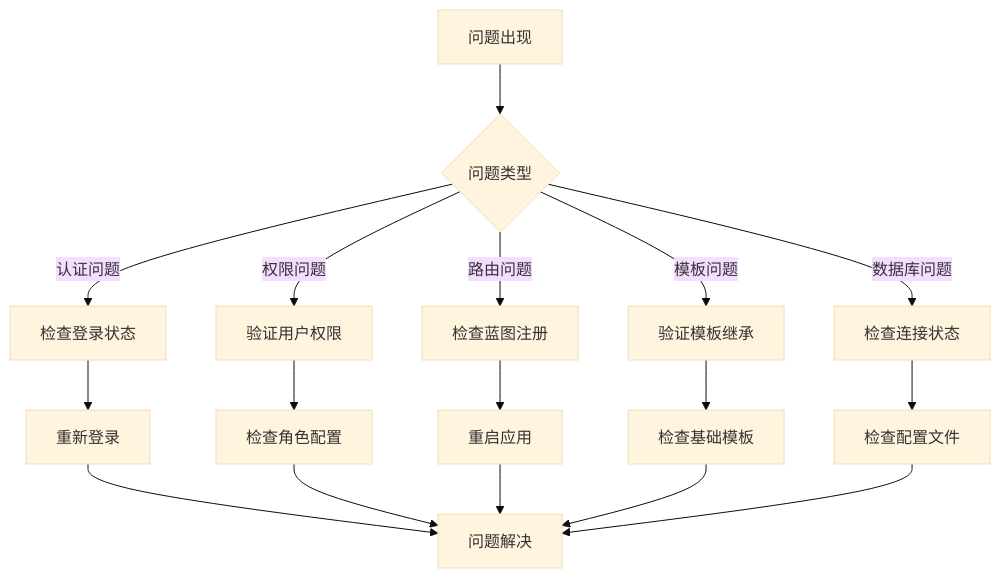
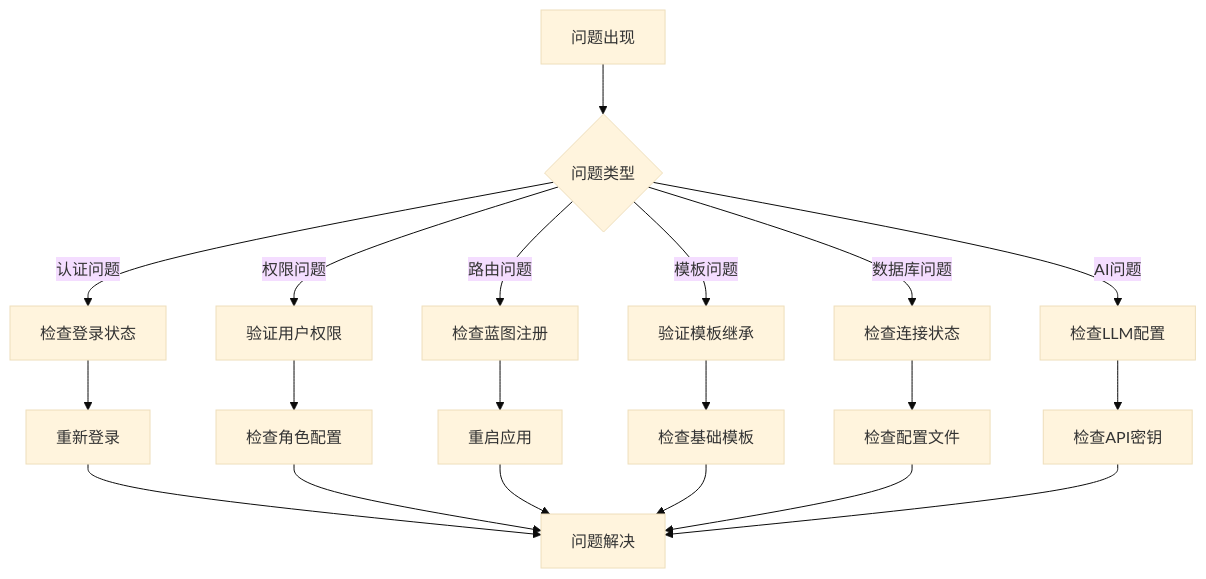
One commit to beyondalbert/my_wiki changed the eighth of 8 diagrams in .qoder/repowiki/zh/content/架构设计/蓝图系统设计/蓝图系统设计.md. Above: the diagram before and after it, drawn with Mermaid (base theme). The commit also changed other lines of this file and 10 other files, not shown here.

````diff
--- a/.qoder/repowiki/zh/content/架构设计/蓝图系统设计/蓝图系统设计.md
+++ b/.qoder/repowiki/zh/content/架构设计/蓝图系统设计/蓝图系统设计.md
@@ -459,19 +537,22 @@
 ```mermaid
 flowchart TD
 A[问题出现] --> B{问题类型}
 B --> |认证问题| C[检查登录状态]
 B --> |权限问题| D[验证用户权限]
 B --> |路由问题| E[检查蓝图注册]
 B --> |模板问题| F[验证模板继承]
 B --> |数据库问题| G[检查连接状态]
-C --> H[重新登录]
-D --> I[检查角色配置]
-E --> J[重启应用]
-F --> K[检查基础模板]
-G --> L[检查配置文件]
-H --> M[问题解决]
-I --> M
-J --> M
-K --> M
-L --> M
+B --> |AI问题| H[检查LLM配置]
+C --> I[重新登录]
+D --> J[检查角色配置]
+E --> K[重启应用]
+F --> L[检查基础模板]
+G --> M[检查配置文件]
+H --> N[检查API密钥]
+I --> O[问题解决]
+J --> O
+K --> O
+L --> O
+M --> O
+N --> O
 ```
````
